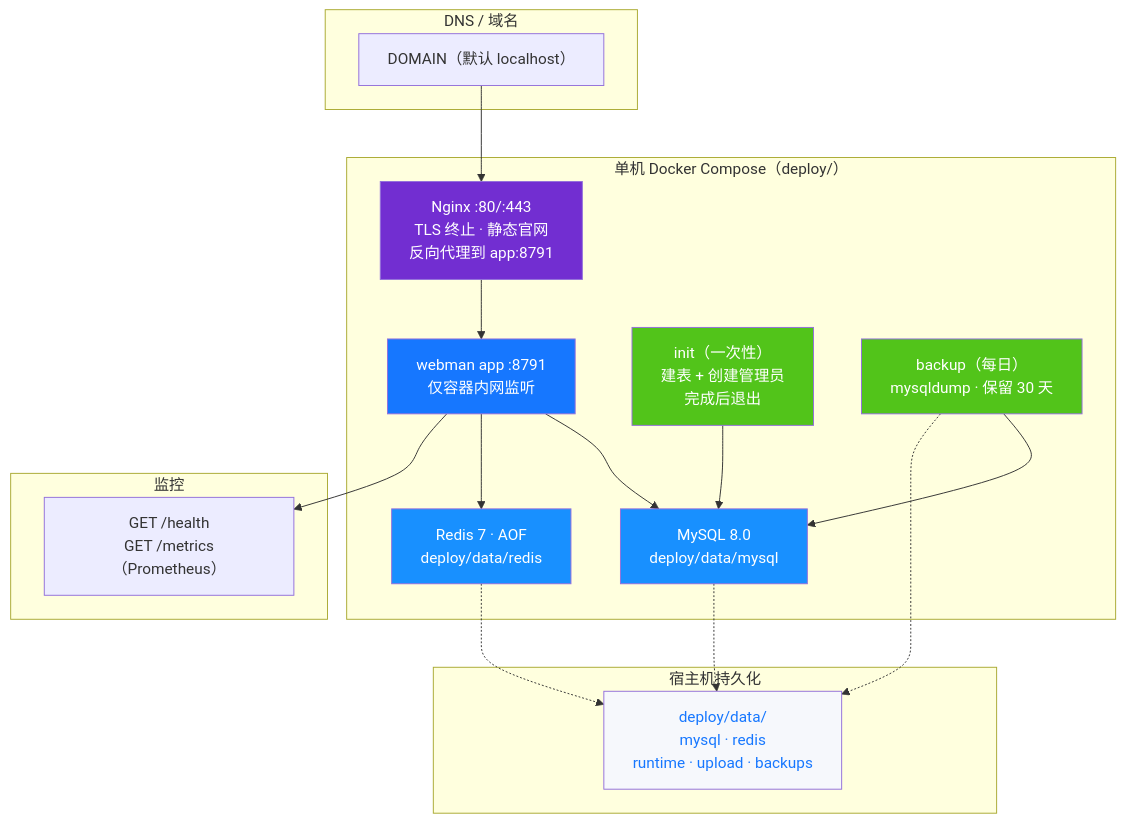
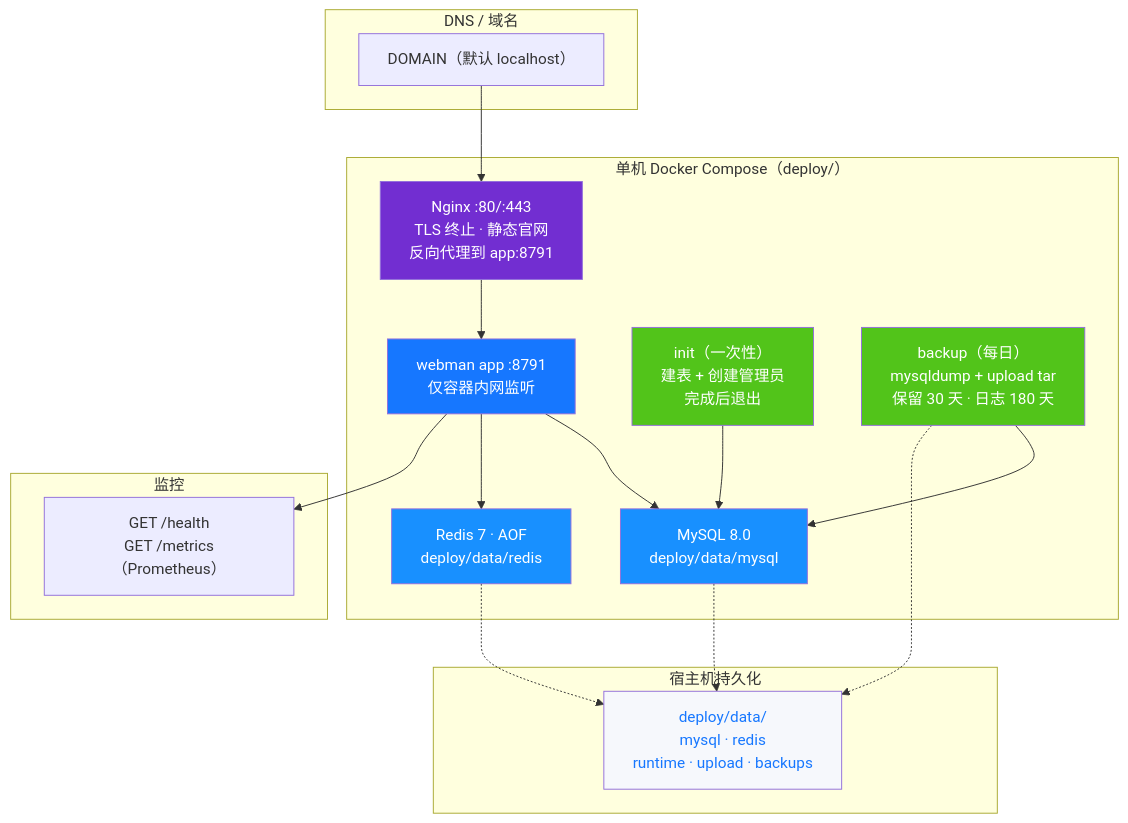
One commit to erikwang2013/open-admin changed diagram 14 of 14 in docs/ARCHITECTURE.md. Above: the diagram before and after it, drawn with Mermaid. The commit also changed other lines of this file and 148 other files, not shown here.

````diff
--- a/docs/ARCHITECTURE.md
+++ b/docs/ARCHITECTURE.md
@@ -634,42 +641,42 @@
 ```mermaid
 flowchart TB
     subgraph "DNS / 域名"
         DNS["DOMAIN（默认 localhost）"]
     end
 
     subgraph "单机 Docker Compose（deploy/）"
         NGX["Nginx :80/:443<br/>TLS 终止 · 静态官网<br/>反向代理到 app:8791"]
         WM["webman app :8791<br/>仅容器内网监听"]
         INIT["init（一次性）<br/>建表 + 创建管理员<br/>完成后退出"]
         MYSQL["MySQL 8.0<br/>deploy/data/mysql"]
         REDIS["Redis 7 · AOF<br/>deploy/data/redis"]
-        BACKUP["backup（每日）<br/>mysqldump · 保留 30 天"]
+        BACKUP["backup（每日）<br/>mysqldump + upload tar<br/>保留 30 天 · 日志 180 天"]
     end
 
     subgraph "宿主机持久化"
         DATA["deploy/data/<br/>mysql · redis<br/>runtime · upload · backups"]
     end
 
     subgraph "监控"
         MON["GET /health<br/>GET /metrics（Prometheus）"]
     end
 
     DNS --> NGX
     NGX --> WM
     WM --> MYSQL
     WM --> REDIS
     INIT --> MYSQL
     BACKUP --> MYSQL
     MYSQL -.-> DATA
     REDIS -.-> DATA
     BACKUP -.-> DATA
     WM --> MON
 
     style NGX fill:#722ED1,color:#fff
     style WM fill:#1677FF,color:#fff
     style INIT fill:#52C41A,color:#fff
     style MYSQL fill:#1890FF,color:#fff
     style REDIS fill:#1890FF,color:#fff
     style BACKUP fill:#52C41A,color:#fff
     style DATA fill:#F6F8FC,color:#1677FF
 ```
````
